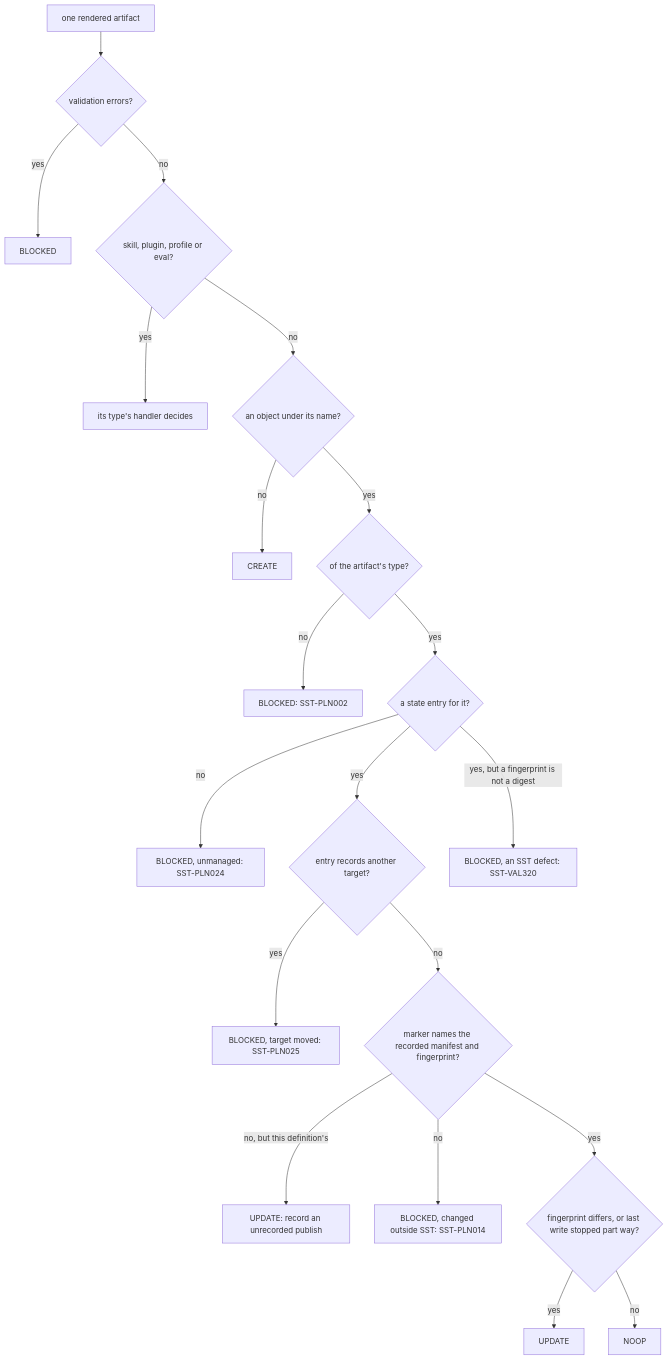
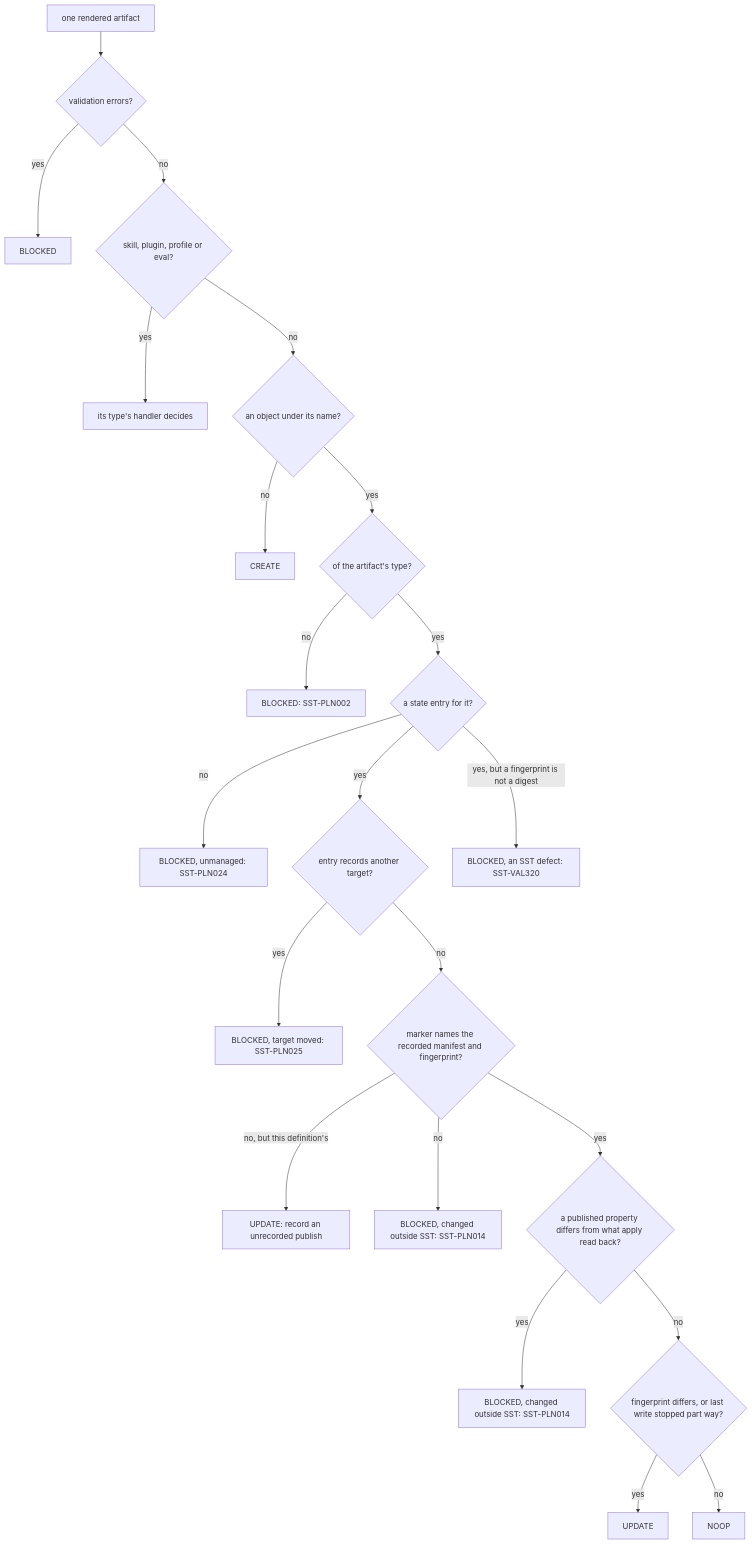
One commit to WhoopInc/snowflake-semantic-tools changed the second of 3 diagrams in docs/concepts.md. Above: the diagram before and after it, drawn with Mermaid. The commit also changed other lines of this file and 71 other files, not shown here.

````diff
--- a/docs/concepts.md
+++ b/docs/concepts.md
@@ -365,22 +365,24 @@
 ```mermaid
 flowchart TD
     start["one rendered artifact"] --> invalid{"validation errors?"}
     invalid -- yes --> b1["BLOCKED"]
     invalid -- no --> composite{"skill, plugin, profile or eval?"}
     composite -- yes --> handler["its type's handler decides"]
     composite -- no --> live{"an object under its name?"}
     live -- no --> create["CREATE"]
     live -- yes --> kind{"of the artifact's type?"}
     kind -- no --> b2["BLOCKED: SST-PLN002"]
     kind -- yes --> entry{"a state entry for it?"}
     entry -- no --> b3["BLOCKED, unmanaged: SST-PLN024"]
     entry -- yes --> moved{"entry records another target?"}
     entry -->|"yes, but a fingerprint is not a digest"| b6["BLOCKED, an SST defect: SST-VAL320"]
     moved -- yes --> b4["BLOCKED, target moved: SST-PLN025"]
     moved -- no --> marker{"marker names the recorded manifest and fingerprint?"}
     marker -->|"no, but this definition's"| u1["UPDATE: record an unrecorded publish"]
     marker -- no --> b5["BLOCKED, changed outside SST: SST-PLN014"]
-    marker -- yes --> fp{"fingerprint differs, or last write stopped part way?"}
+    marker -- yes --> drift{"a published property differs from what apply read back?"}
+    drift -- yes --> b7["BLOCKED, changed outside SST: SST-PLN014"]
+    drift -- no --> fp{"fingerprint differs, or last write stopped part way?"}
     fp -- yes --> u2["UPDATE"]
     fp -- no --> noop["NOOP"]
 ```
````
